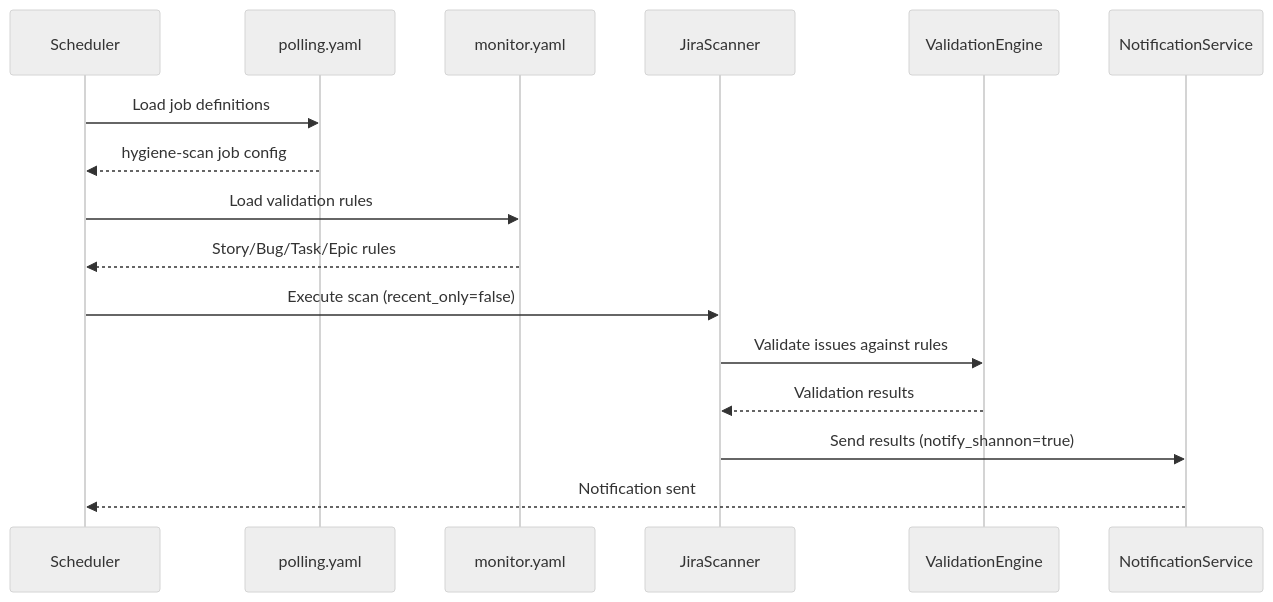
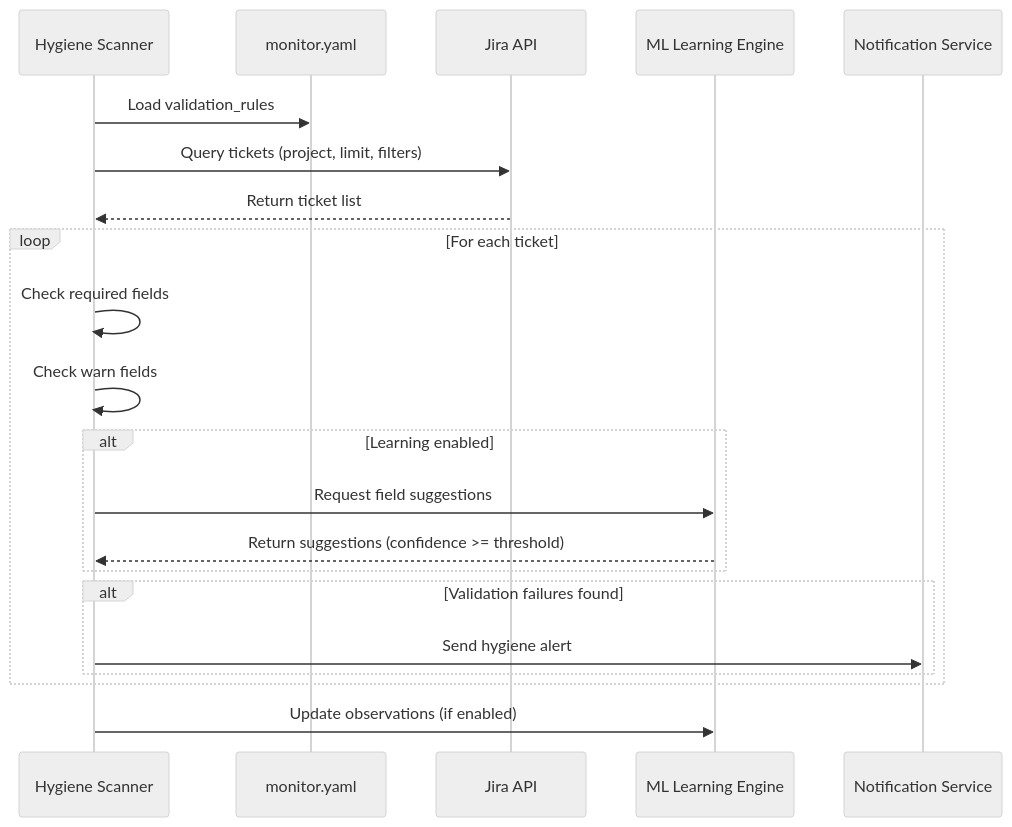
Before and after one commit to jmac-cornelis/agent-workforce: the second of 4 diagrams in agents/drucker/docs/config.md, drawn with Mermaid (neutral theme). The commit also changed other lines of this file and 4 other files, not shown here.

````diff
--- a/agents/drucker/docs/config.md
+++ b/agents/drucker/docs/config.md
@@ -49,19 +63,28 @@
 ```mermaid
 sequenceDiagram
-    participant Scheduler
-    participant PollingConfig as polling.yaml
-    participant MonitorConfig as monitor.yaml
-    participant JiraScanner
-    participant ValidationEngine
-    participant NotificationService
+    participant Scanner as Hygiene Scanner
+    participant Config as monitor.yaml
+    participant Jira as Jira API
+    participant Learner as ML Learning Engine
+    participant Notifier as Notification Service
     
-    Scheduler->>PollingConfig: Load job definitions
-    PollingConfig-->>Scheduler: hygiene-scan job config
-    Scheduler->>MonitorConfig: Load validation rules
-    MonitorConfig-->>Scheduler: Story/Bug/Task/Epic rules
-    Scheduler->>JiraScanner: Execute scan (recent_only=false)
-    JiraScanner->>ValidationEngine: Validate issues against rules
-    ValidationEngine-->>JiraScanner: Validation results
-    JiraScanner->>NotificationService: Send results (notify_shannon=true)
-    NotificationService-->>Scheduler: Notification sent
+    Scanner->>Config: Load validation_rules
+    Scanner->>Jira: Query tickets (project, limit, filters)
+    Jira-->>Scanner: Return ticket list
+    
+    loop For each ticket
+        Scanner->>Scanner: Check required fields
+        Scanner->>Scanner: Check warn fields
+        
+        alt Learning enabled
+            Scanner->>Learner: Request field suggestions
+            Learner-->>Scanner: Return suggestions (confidence >= threshold)
+        end
+        
+        alt Validation failures found
+            Scanner->>Notifier: Send hygiene alert
+        end
+    end
+    
+    Scanner->>Learner: Update observations (if enabled)
 ```
````
